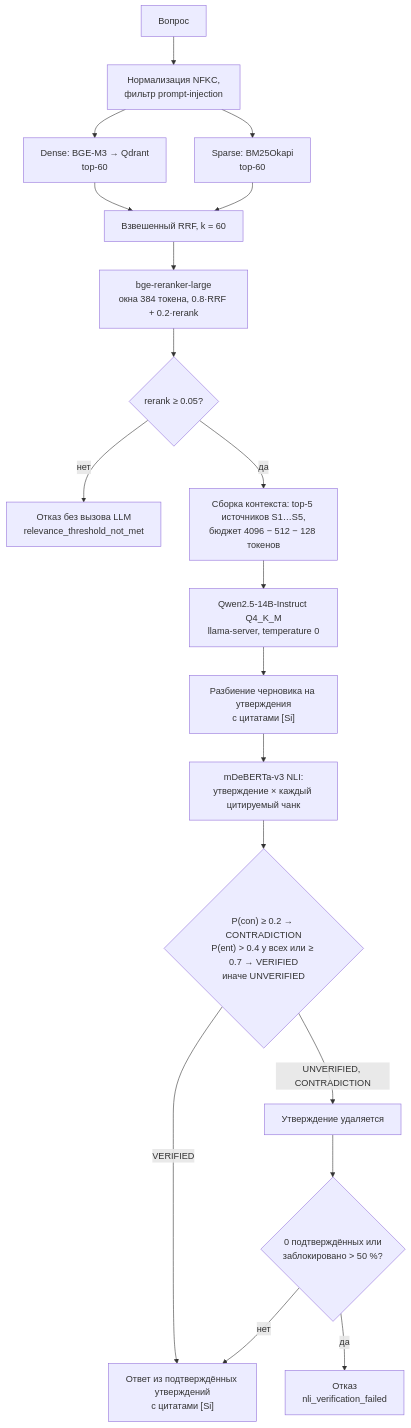
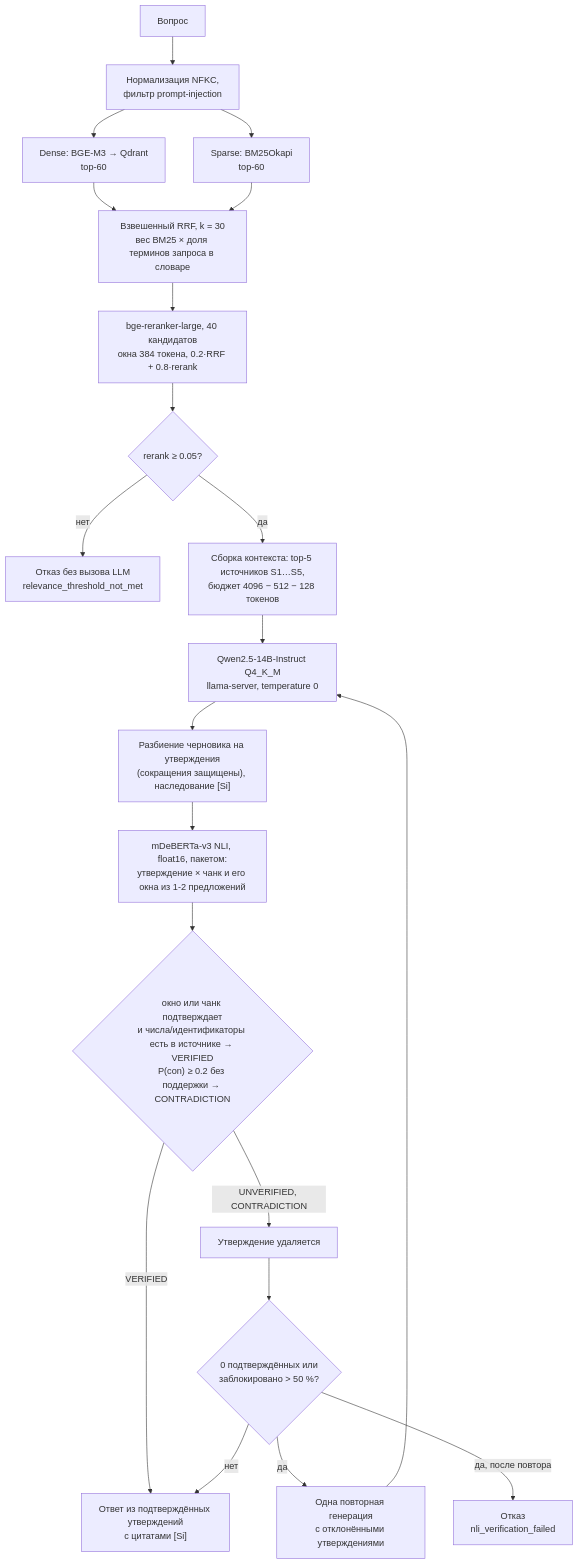
The diagram in README.md (EGRNEGR/FactRAG-NLI), drawn with Mermaid before and after one commit. The commit also changed other lines of this file and 15 other files, not shown here.

````diff
--- a/README.md
+++ b/README.md
@@ -24,21 +24,23 @@
 ```mermaid
 graph TD
     Q["Вопрос"] --> N["Нормализация NFKC,<br/>фильтр prompt-injection"]
     N --> D["Dense: BGE-M3 → Qdrant<br/>top-60"]
     N --> S["Sparse: BM25Okapi<br/>top-60"]
-    D --> F["Взвешенный RRF, k = 60"]
+    D --> F["Взвешенный RRF, k = 30<br/>вес BM25 × доля терминов запроса в словаре"]
     S --> F
-    F --> R["bge-reranker-large<br/>окна 384 токена, 0.8·RRF + 0.2·rerank"]
+    F --> R["bge-reranker-large, 40 кандидатов<br/>окна 384 токена, 0.2·RRF + 0.8·rerank"]
     R --> G1{"rerank ≥ 0.05?"}
     G1 -- "нет" --> X1["Отказ без вызова LLM<br/>relevance_threshold_not_met"]
     G1 -- "да" --> C["Сборка контекста: top-5 источников S1…S5,<br/>бюджет 4096 − 512 − 128 токенов"]
     C --> L["Qwen2.5-14B-Instruct Q4_K_M<br/>llama-server, temperature 0"]
-    L --> SP["Разбиение черновика на утверждения<br/>с цитатами [Si]"]
-    SP --> V["mDeBERTa-v3 NLI:<br/>утверждение × каждый цитируемый чанк"]
-    V --> G2{"P(con) ≥ 0.2 → CONTRADICTION<br/>P(ent) > 0.4 у всех или ≥ 0.7 → VERIFIED<br/>иначе UNVERIFIED"}
+    L --> SP["Разбиение черновика на утверждения<br/>(сокращения защищены), наследование [Si]"]
+    SP --> V["mDeBERTa-v3 NLI, float16, пакетом:<br/>утверждение × чанк и его окна из 1-2 предложений"]
+    V --> G2{"окно или чанк подтверждает<br/>и числа/идентификаторы есть в источнике → VERIFIED<br/>P(con) ≥ 0.2 без поддержки → CONTRADICTION"}
     G2 -- "VERIFIED" --> O["Ответ из подтверждённых утверждений<br/>с цитатами [Si]"]
     G2 -- "UNVERIFIED, CONTRADICTION" --> DROP["Утверждение удаляется"]
     DROP --> G3{"0 подтверждённых или<br/>заблокировано > 50 %?"}
-    G3 -- "да" --> X2["Отказ<br/>nli_verification_failed"]
+    G3 -- "да" --> RP["Одна повторная генерация<br/>с отклонёнными утверждениями"]
+    RP --> L
+    G3 -- "да, после повтора" --> X2["Отказ<br/>nli_verification_failed"]
     G3 -- "нет" --> O
 ```
````
